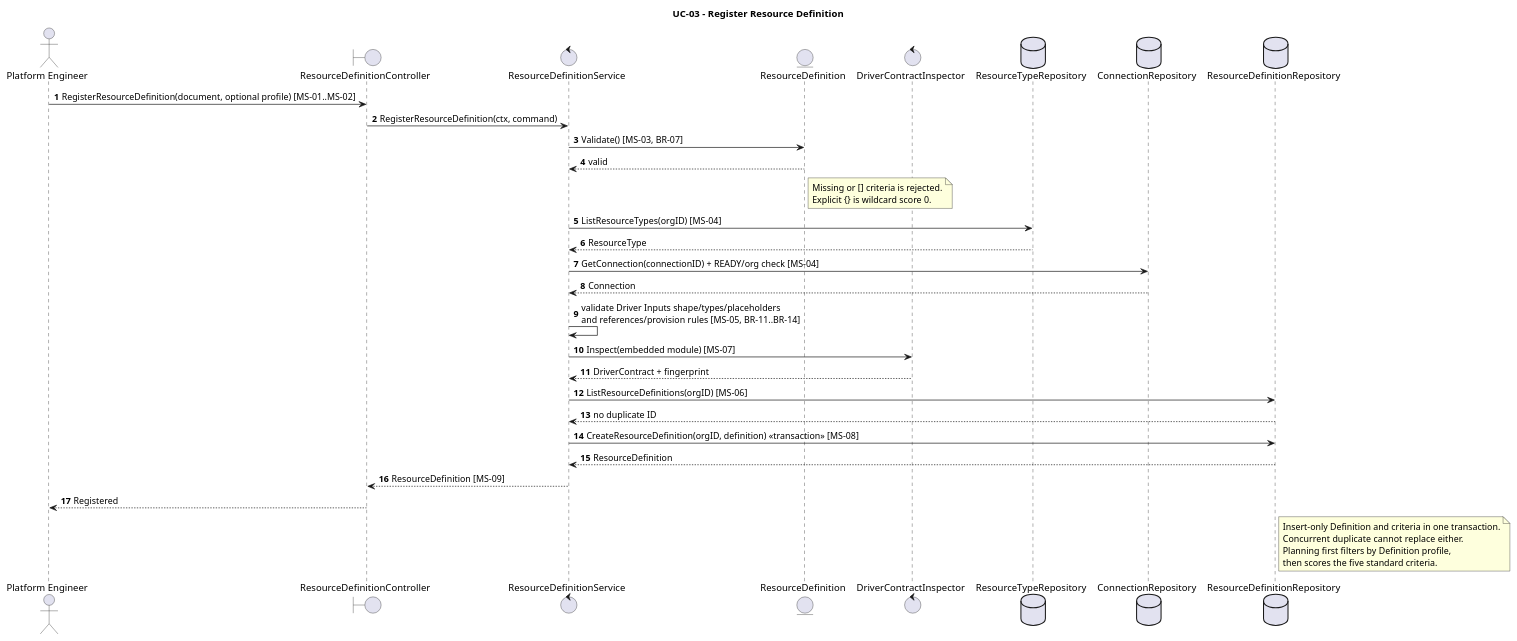
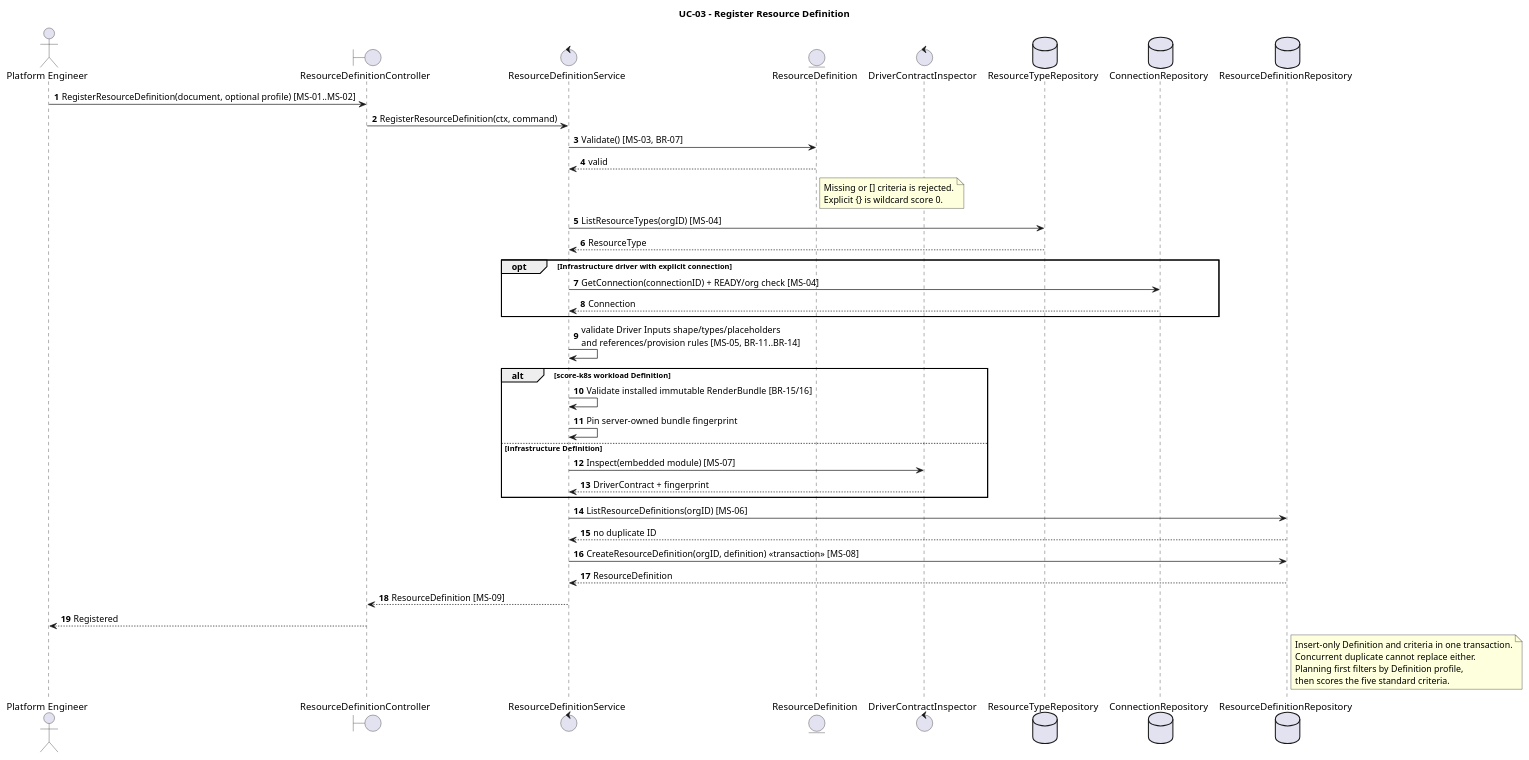
One commit to pr3s3nt/poc changed the diagram in orchestrator_docs/usecase/UC-03/sequence.puml. Above: the diagram before and after it, drawn with PlantUML. The commit also changed 80 other files, not shown here.

Commit message:
feat: integrate definition-selected score-k8s workload rendering

```diff
--- a/orchestrator_docs/usecase/UC-03/sequence.puml
+++ b/orchestrator_docs/usecase/UC-03/sequence.puml
@@ -1,40 +1,48 @@
 @startuml
 title UC-03 - Register Resource Definition
 autonumber
 actor "Platform Engineer" as PE
 boundary ResourceDefinitionController as API
 control ResourceDefinitionService as Service
 entity ResourceDefinition as Validator
 control DriverContractInspector as Inspector
 database ResourceTypeRepository as TypeRepo
 database ConnectionRepository as ConnectionRepo
 database ResourceDefinitionRepository as DefinitionRepo
 
 PE -> API: RegisterResourceDefinition(document, optional profile) [MS-01..MS-02]
 API -> Service: RegisterResourceDefinition(ctx, command)
 Service -> Validator: Validate() [MS-03, BR-07]
 Validator --> Service: valid
 note right of Validator
 Missing or [] criteria is rejected.
 Explicit {} is wildcard score 0.
 end note
 Service -> TypeRepo: ListResourceTypes(orgID) [MS-04]
 TypeRepo --> Service: ResourceType
+opt Infrastructure driver with explicit connection
 Service -> ConnectionRepo: GetConnection(connectionID) + READY/org check [MS-04]
 ConnectionRepo --> Service: Connection
+end
 Service -> Service: validate Driver Inputs shape/types/placeholders\nand references/provision rules [MS-05, BR-11..BR-14]
-Service -> Inspector: Inspect(embedded module) [MS-07]
-Inspector --> Service: DriverContract + fingerprint
+alt score-k8s workload Definition
+  Service -> Service: Validate installed immutable RenderBundle [BR-15/16]
+  Service -> Service: Pin server-owned bundle fingerprint
+else infrastructure Definition
+  Service -> Inspector: Inspect(embedded module) [MS-07]
+  Inspector --> Service: DriverContract + fingerprint
+end
 Service -> DefinitionRepo: ListResourceDefinitions(orgID) [MS-06]
 DefinitionRepo --> Service: no duplicate ID
 Service -> DefinitionRepo: CreateResourceDefinition(orgID, definition) <<transaction>> [MS-08]
 DefinitionRepo --> Service: ResourceDefinition
 Service --> API: ResourceDefinition [MS-09]
 API --> PE: Registered
 note right of DefinitionRepo
 Insert-only Definition and criteria in one transaction.
 Concurrent duplicate cannot replace either.
 Planning first filters by Definition profile,
 then scores the five standard criteria.
 end note
+
 @enduml
```
